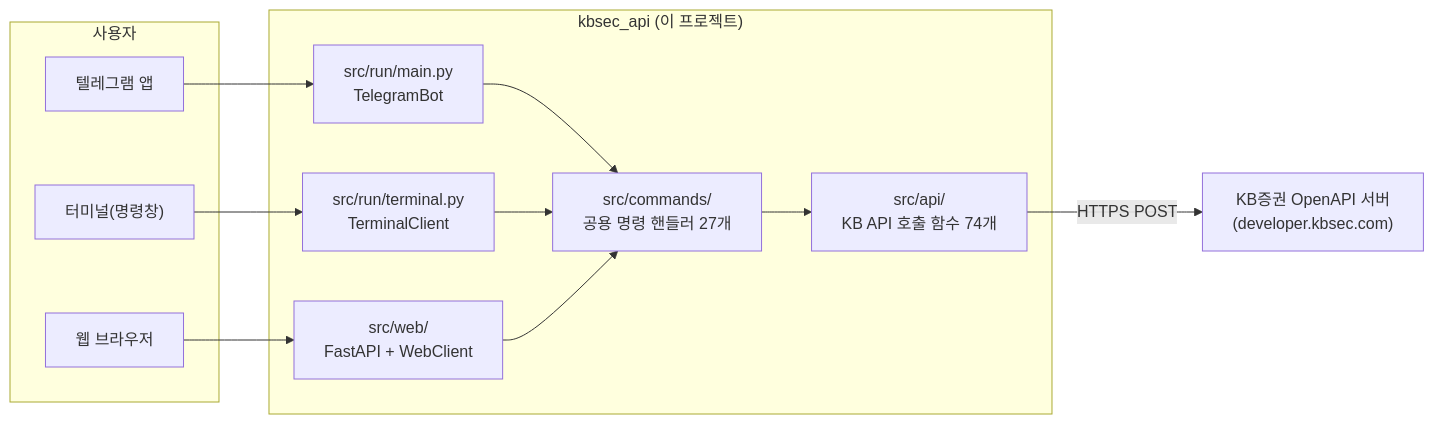
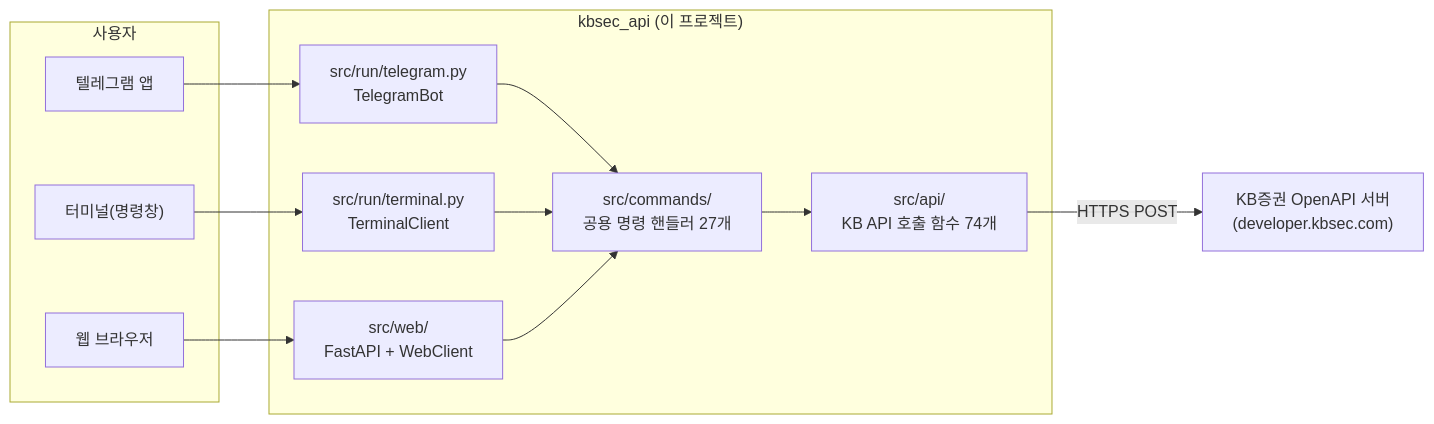
Before and after one commit to leehyunseok-tech/kbsec_openapi: the first of 8 diagrams in docs/개발환경/프로젝트구조.md, drawn with Mermaid. The commit also changed 9 other files, not shown here.

````diff
--- a/docs/개발환경/프로젝트구조.md
+++ b/docs/개발환경/프로젝트구조.md
@@ -15,27 +15,27 @@
 ```mermaid
 flowchart LR
     subgraph 사용자
         U1["텔레그램 앱"]
         U2["터미널(명령창)"]
         U3["웹 브라우저"]
     end
 
     subgraph kbsec_api["kbsec_api (이 프로젝트)"]
-        M["src/run/main.py<br/>TelegramBot"]
+        M["src/run/telegram.py<br/>TelegramBot"]
         T["src/run/terminal.py<br/>TerminalClient"]
         W["src/web/<br/>FastAPI + WebClient"]
         C["src/commands/<br/>공용 명령 핸들러 27개"]
         A["src/api/<br/>KB API 호출 함수 74개"]
     end
 
     KB["KB증권 OpenAPI 서버<br/>(developer.kbsec.com)"]
 
     U1 --> M
     U2 --> T
     U3 --> W
     M --> C
     T --> C
     W --> C
     C --> A
     A -->|"HTTPS POST"| KB
 ```
````
